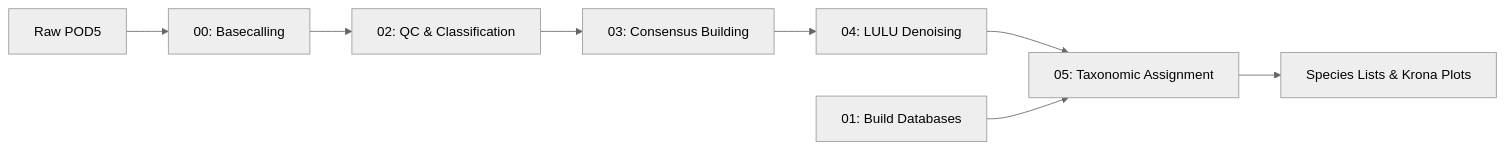
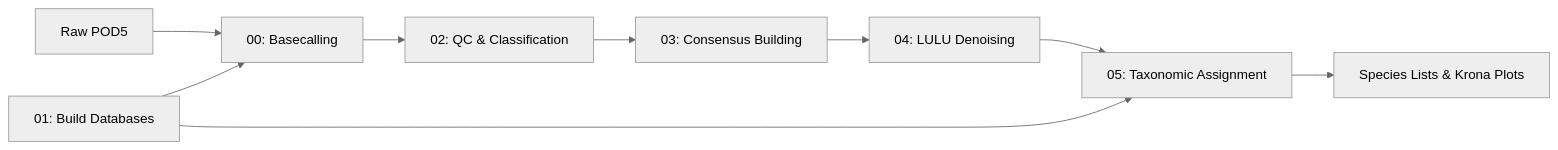
The diagram in README.md (piedna/DeCodeDNA), drawn with Mermaid (neutral theme) before and after one commit.

````diff
--- a/README.md
+++ b/README.md
@@ -52,11 +52,12 @@
 ```mermaid
 flowchart LR
     A[Raw POD5] --> B[00: Basecalling]
     B --> C[02: QC & Classification]
     C --> D[03: Consensus Building]
     D --> E[04: LULU Denoising]
     E --> F[05: Taxonomic Assignment]
     F --> G[Species Lists & Krona Plots]
     
     H[01: Build Databases] --> F
+    H[01: Build Databases] --> B
 ```
````
